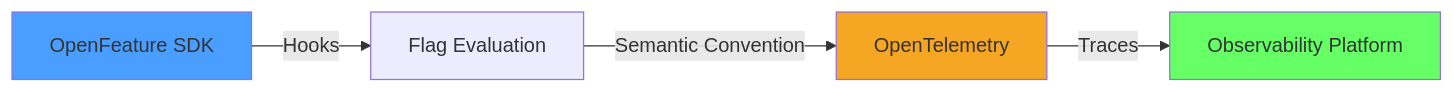
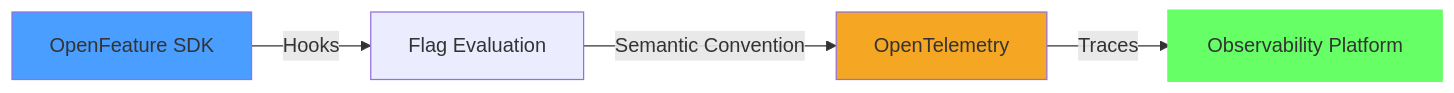
One commit to beeme1mr/kubecon-us-25-flag-observablity changed the eighth of 10 diagrams in slides.md. Above: the diagram before and after it, drawn with Mermaid. The commit also changed other lines of this file and 13 other files, not shown here.

Commit message:
add styles, basic flow

````diff
--- a/slides.md
+++ b/slides.md
@@ -645,10 +883,10 @@
 ```mermaid {scale: 0.8}
 graph LR
     A[OpenFeature SDK] -->|Hooks| B[Flag Evaluation]
     B -->|Semantic Convention| C[OpenTelemetry]
     C -->|Traces| D[Observability Platform]
     
     style A fill:#4a9eff
     style C fill:#f5a623
-    style D fill:#6f6
+    style D fill:#6f6,stroke:#6f6,stroke-width:4px
 ```
````
